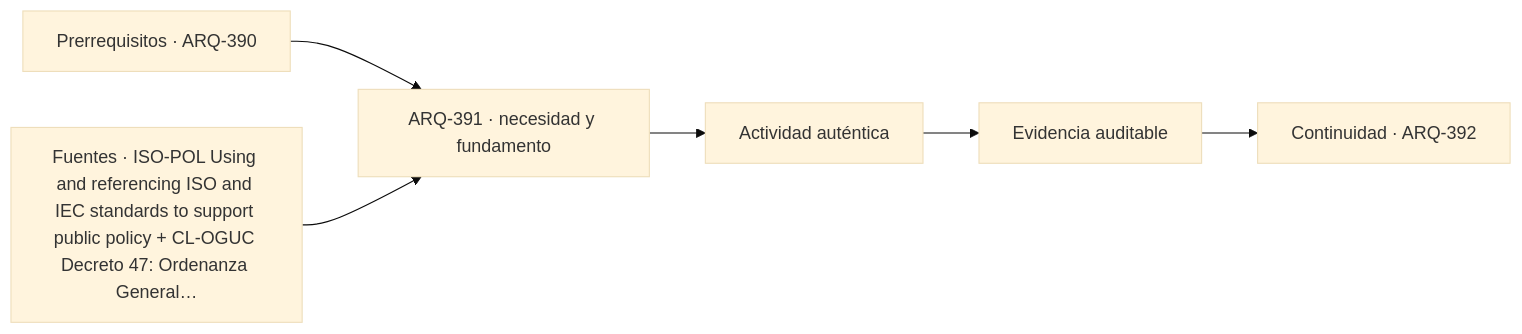
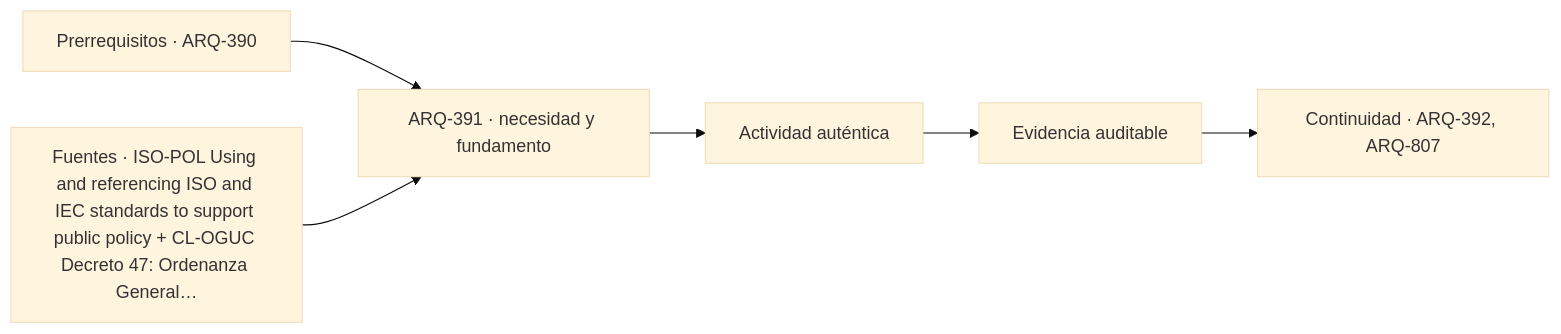
The diagram in classes/parte-40/ARQ-391.md (vladimiracunadev-create/architecture-built-environment-learning-program), drawn with Mermaid (base theme) before and after one commit. The commit also changed other lines of this file and 234 other files, not shown here.

````diff
--- a/classes/parte-40/ARQ-391.md
+++ b/classes/parte-40/ARQ-391.md
@@ -135,8 +135,8 @@
 ```mermaid
 flowchart LR
     A["Prerrequisitos · ARQ-390"] --> B["ARQ-391 · necesidad y fundamento"]
     S["Fuentes · ISO-POL Using and referencing ISO and IEC standards to support public policy + CL-OGUC Decreto 47: Ordenanza General…"] --> B
     B --> C["Actividad auténtica"]
     C --> D["Evidencia auditable"]
-    D --> E["Continuidad · ARQ-392"]
+    D --> E["Continuidad · ARQ-392, ARQ-807"]
 ```
````
